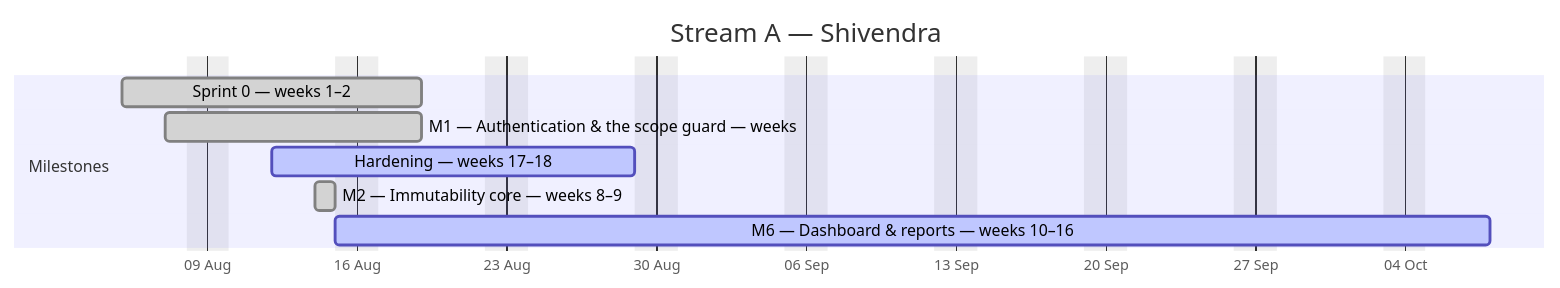
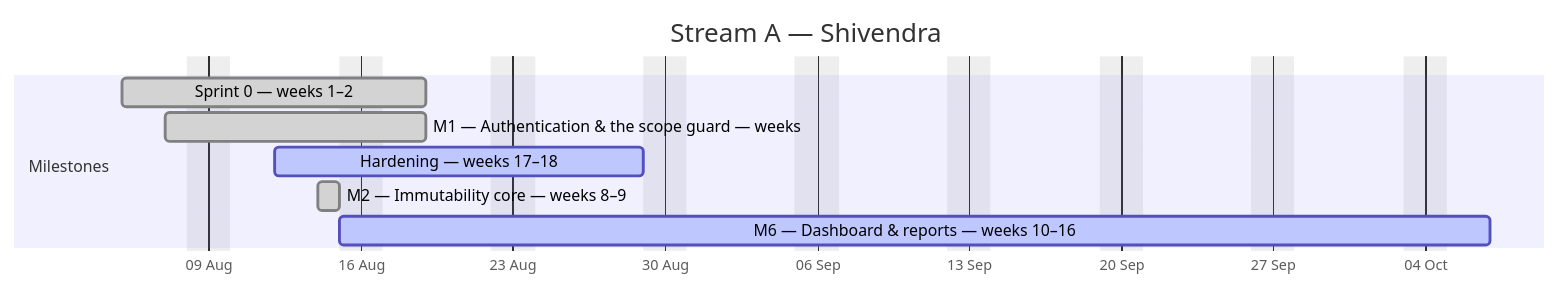
The first of 4 diagrams in docs/plan/GANTT.md (debashisedunext/EduTrack), drawn with Mermaid before and after one commit. The commit also changed other lines of this file and 3 other files, not shown here.

````diff
--- a/docs/plan/GANTT.md
+++ b/docs/plan/GANTT.md
@@ -105,13 +105,13 @@
 ```mermaid
 gantt
     dateFormat YYYY-MM-DD
     axisFormat %d %b
     title Stream A — Shivendra
     excludes weekends
     section Milestones
     Sprint 0 — weeks 1–2 :done, a0, 2026-08-05, 10d
     M1 — Authentication & the scope guard — weeks :done, a1, 2026-08-07, 8d
     Hardening — weeks 17–18 :active, a2, 2026-08-12, 13d
     M2 — Immutability core — weeks 8–9 :done, a3, 2026-08-14, 1d
-    M6 — Dashboard & reports — weeks 10–16 :active, a4, 2026-08-15, 39d
+    M6 — Dashboard & reports — weeks 10–16 :active, a4, 2026-08-15, 38d
 ```
````
